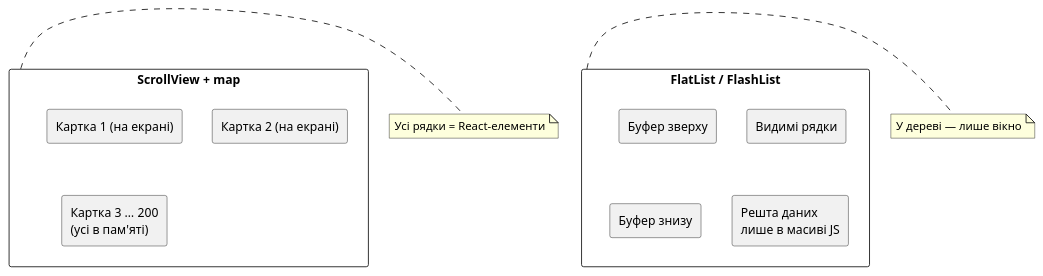
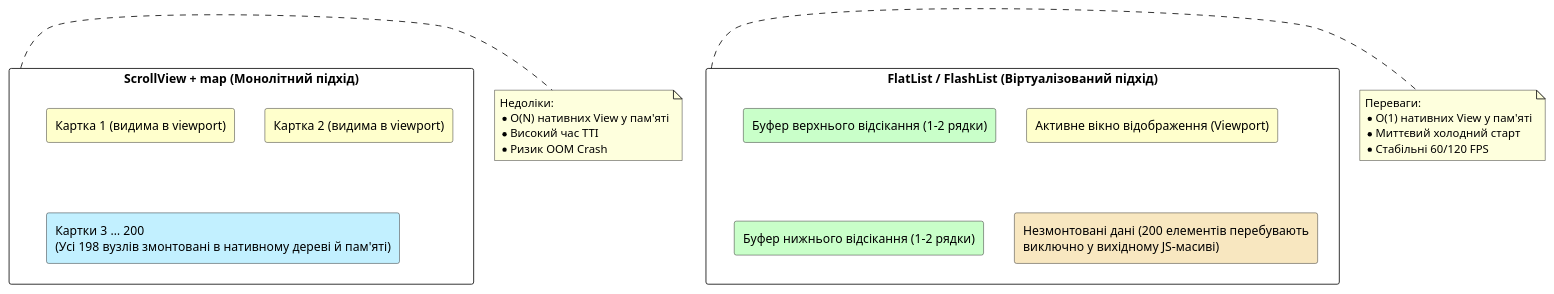
Before and after one commit to arakviel/kostyl.dev: the diagram in content/15.react-native/version2/09.lists-and-virtualization.md, drawn with PlantUML. The commit also changed other lines of this file and 1 other file, not shown here.

Commit message:
docs: update content for React Native lists, virtualization, and form validation modules

````diff
--- a/content/15.react-native/version2/09.lists-and-virtualization.md
+++ b/content/15.react-native/version2/09.lists-and-virtualization.md
@@ -82,28 +83,34 @@
 ```plantuml
 @startuml
 skinparam style plain
 skinparam backgroundColor #ffffff
 
-rectangle "ScrollView + map" as S {
-  rectangle "Картка 1 (на екрані)" as C1
-  rectangle "Картка 2 (на екрані)" as C2
-  rectangle "Картка 3 … 200\n(усі в пам'яті)" as C3
+rectangle "ScrollView + map (Монолітний підхід)" as S {
+  rectangle "Картка 1 (видима в viewport)" as C1 #Business
+  rectangle "Картка 2 (видима в viewport)" as C2 #Business
+  rectangle "Картки 3 … 200\n(Усі 198 вузлів змонтовані в нативному дереві й пам'яті)" as C3 #APPLICATION
 }
 
-rectangle "FlatList / FlashList" as F {
-  rectangle "Буфер зверху" as B1
-  rectangle "Видимі рядки" as V
-  rectangle "Буфер знизу" as B2
-  rectangle "Решта даних\nлише в масиві JS" as Rest
+rectangle "FlatList / FlashList (Віртуалізований підхід)" as F {
+  rectangle "Буфер верхнього відсікання (1–2 рядки)" as B1 #TECHNOLOGY
+  rectangle "Активне вікно відображення (Viewport)" as V #Business
+  rectangle "Буфер нижнього відсікання (1–2 рядки)" as B2 #TECHNOLOGY
+  rectangle "Незмонтовані дані (200 елементів перебувають\nвиключно у вихідному JS-масиві)" as Rest #STRATEGY
 }
 
 note right of S
-  Усі рядки = React-елементи
+  Недоліки:
+  * O(N) нативних View у пам'яті
+  * Високий час TTI
+  * Ризик OOM Crash
 end note
 
 note right of F
-  У дереві — лише вікно
+  Переваги:
+  * O(1) нативних View у пам'яті
+  * Миттєвий холодний старт
+  * Стабільні 60/120 FPS
 end note
 
 @enduml
 ```
````
